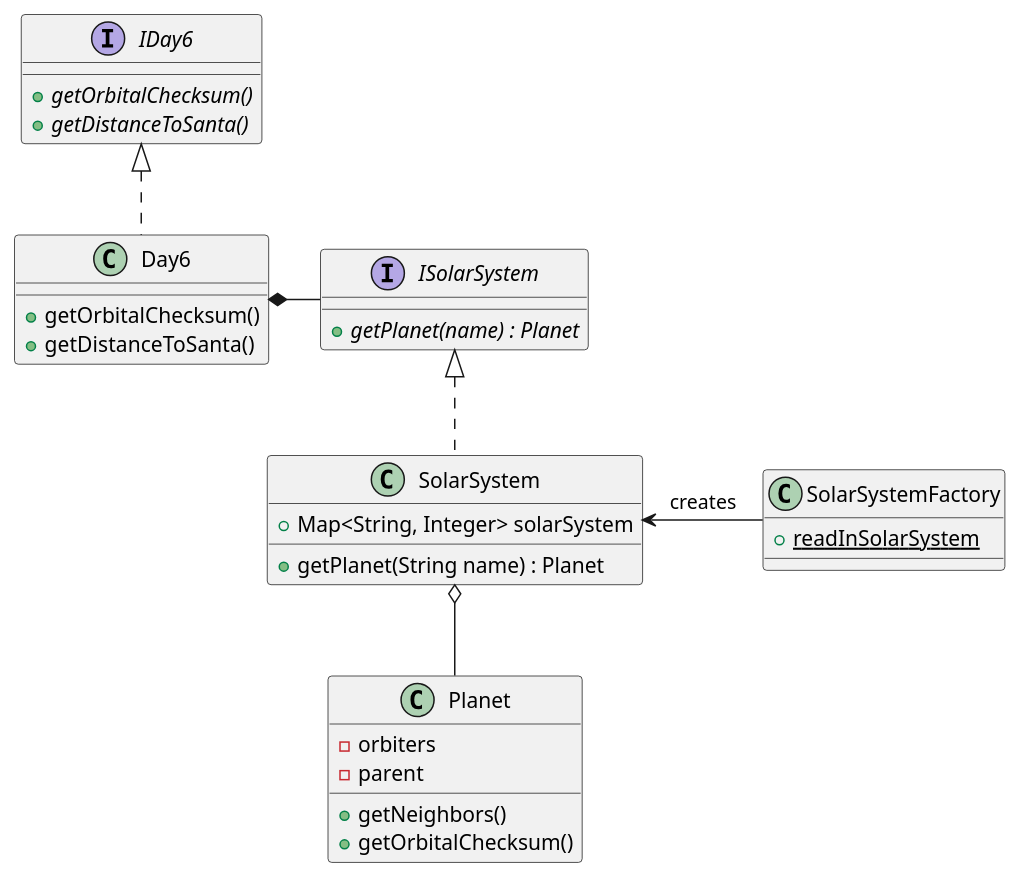
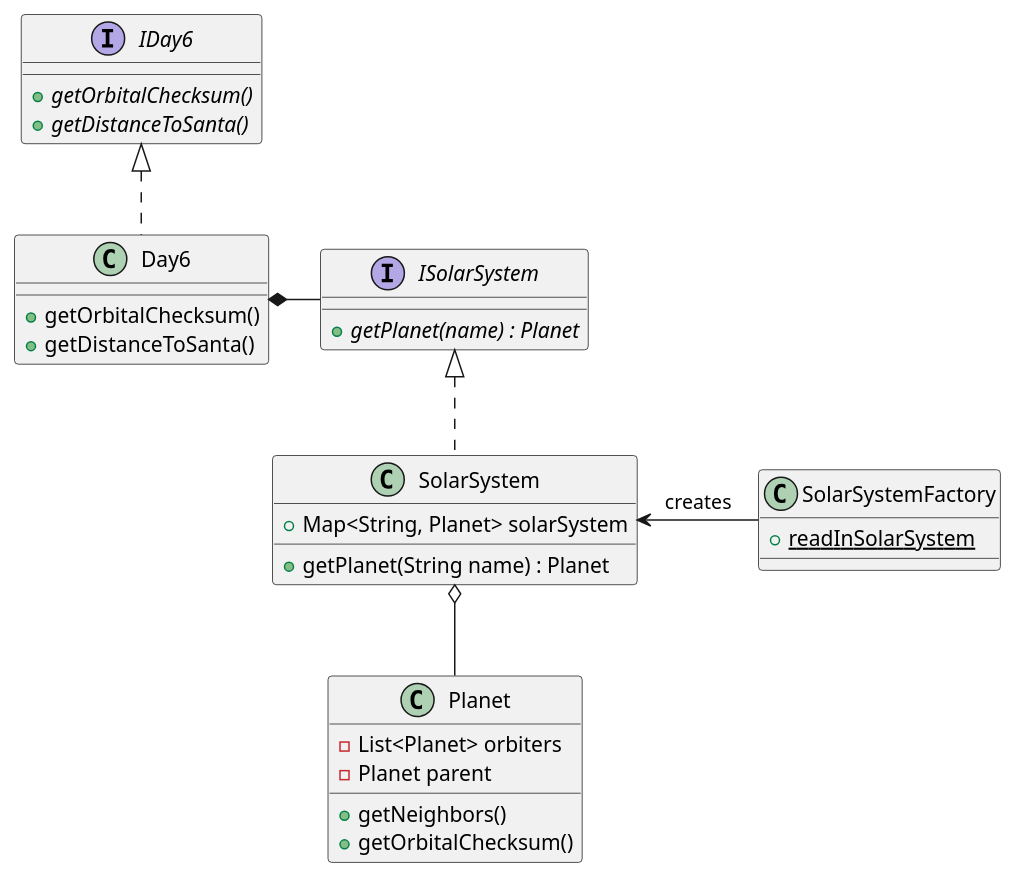
Before and after one commit to jdbr827/AdventOfCode_2019_Java: the diagram in src/year_2019/day06/day6_uml.puml, drawn with PlantUML. The commit also changed 1 other file, not shown here.

```diff
--- a/src/year_2019/day06/day6_uml.puml
+++ b/src/year_2019/day06/day6_uml.puml
@@ -1,45 +1,44 @@
 @startuml
 'https://plantuml.com/class-diagram
 
 interface IDay6 {
 +{abstract} getOrbitalChecksum()
 +{abstract} getDistanceToSanta()
 }
 
 class Day6 {
 +getOrbitalChecksum()
 +getDistanceToSanta()
 }
 
 
 class SolarSystem {
-+Map<String, Integer> solarSystem
++Map<String, Planet> solarSystem
 +getPlanet(String name) : Planet
 }
 
 class SolarSystemFactory {
 +{static} readInSolarSystem
 }
 
 interface ISolarSystem {
 +{abstract} getPlanet(name) : Planet
 }
 
 
 class Planet {
--orbiters
--parent
+-List<Planet> orbiters
+-Planet parent
 +getNeighbors()
 +getOrbitalChecksum()
-
 }
 
 
 SolarSystem <- SolarSystemFactory: creates
 Day6 *- ISolarSystem
 IDay6 <|.. Day6
 ISolarSystem <|.. SolarSystem
 
 SolarSystem o-- Planet
 
 @enduml
```
